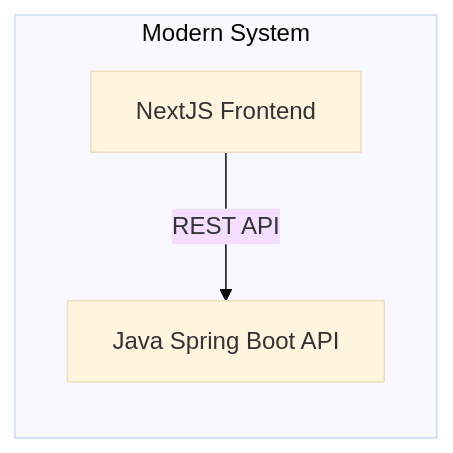
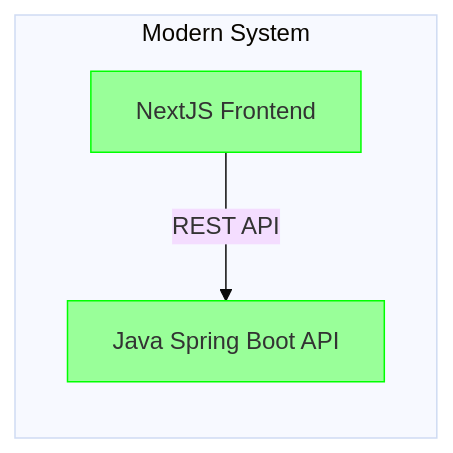
Before and after one commit to ysfcndgr/CustomerManagementRPG: the second of 2 diagrams in README.md, drawn with Mermaid (base theme).

````diff
--- a/README.md
+++ b/README.md
@@ -22,8 +22,8 @@
 ```mermaid
 graph LR
     subgraph "Modern System"
         D[NextJS Frontend] -->|REST API| E[Java Spring Boot API]
-   
-
+        style D fill:#99ff99,stroke:#00ff00
+        style E fill:#99ff99,stroke:#00ff00
     end
 ```
````
